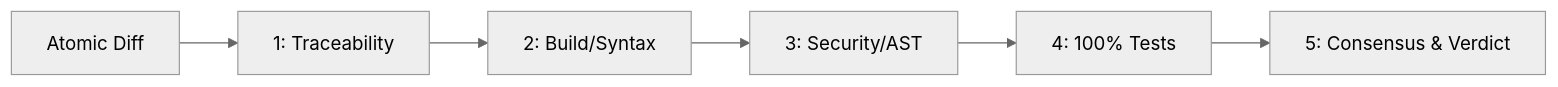
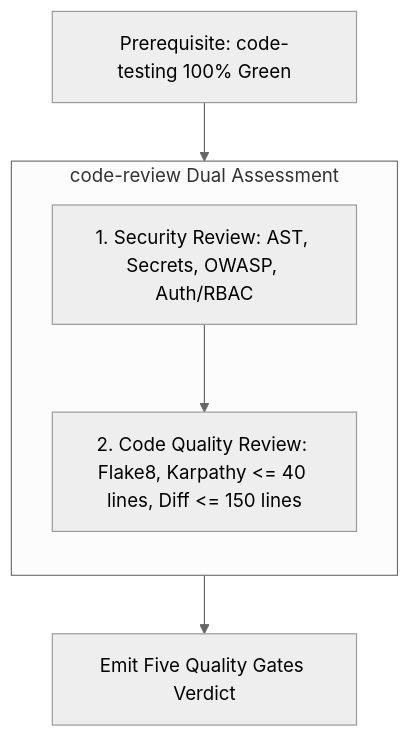
The diagram in .agents/skills/code-review/SKILL.md (ChandanAY-24/Production-Based-Codebase-Templets-Chandan-Adhikary), drawn with Mermaid (neutral theme) before and after one commit. The commit also changed other lines of this file and 26 other files, not shown here.

````diff
--- a/.agents/skills/code-review/SKILL.md
+++ b/.agents/skills/code-review/SKILL.md
@@ -17,8 +18,11 @@
 ```mermaid
-flowchart LR
-    Diff[Atomic Diff] --> Gate1[1: Traceability]
-    Gate1 --> Gate2[2: Build/Syntax]
-    Gate2 --> Gate3[3: Security/AST]
-    Gate3 --> Gate4[4: 100% Tests]
-    Gate4 --> Gate5[5: Consensus & Verdict]
+flowchart TD
+    TestsPassed[Prerequisite: code-testing 100% Green] --> ReviewPipeline
+    subgraph ReviewPipeline [code-review Dual Assessment]
+        direction TB
+        SR[1. Security Review: AST, Secrets, OWASP, Auth/RBAC]
+        CQR[2. Code Quality Review: Flake8, Karpathy <= 40 lines, Diff <= 150 lines]
+        SR --> CQR
+    end
+    CQR --> GateVerdict[Emit Five Quality Gates Verdict]
 ```
````
